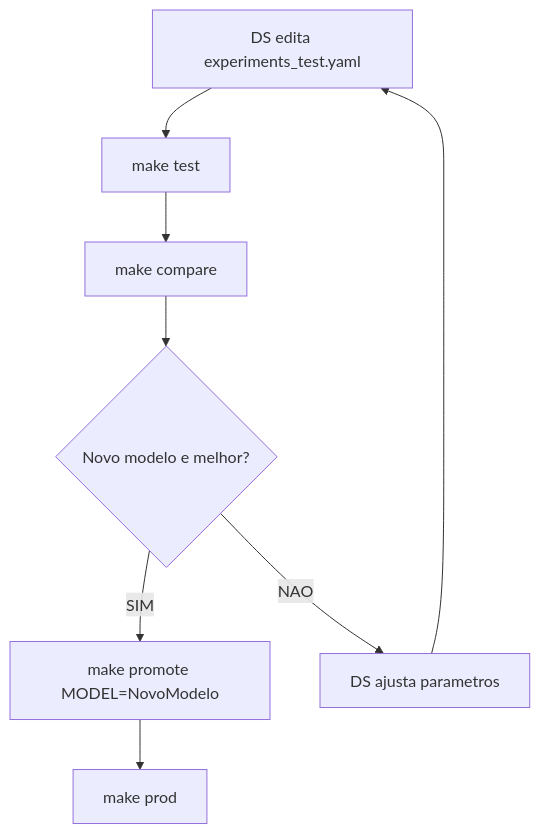
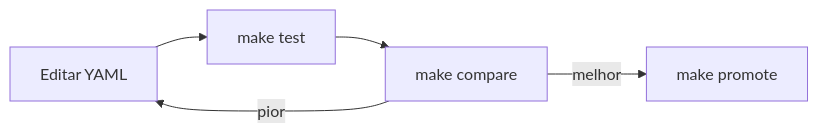
One commit to lararli/ml-classificacao-b2 changed the fourth of 6 diagrams in relatorio_tecnico.md. Above: the diagram before and after it, drawn with Mermaid. The commit also changed other lines of this file and 7 other files, not shown here.

````diff
--- a/relatorio_tecnico.md
+++ b/relatorio_tecnico.md
@@ -109,10 +245,6 @@
 ```mermaid
-flowchart TD
-    A[DS edita experiments_test.yaml] --> B[make test]
-    B --> C[make compare]
-    C --> D{Novo modelo e melhor?}
-    D -->|SIM| E[make promote MODEL=NovoModelo]
-    E --> F[make prod]
-    D -->|NAO| G[DS ajusta parametros]
-    G --> A
+flowchart LR
+    A[Editar YAML] --> B[make test] --> C[make compare]
+    C -->|melhor| D[make promote]
+    C -->|pior| A
 ```
````
